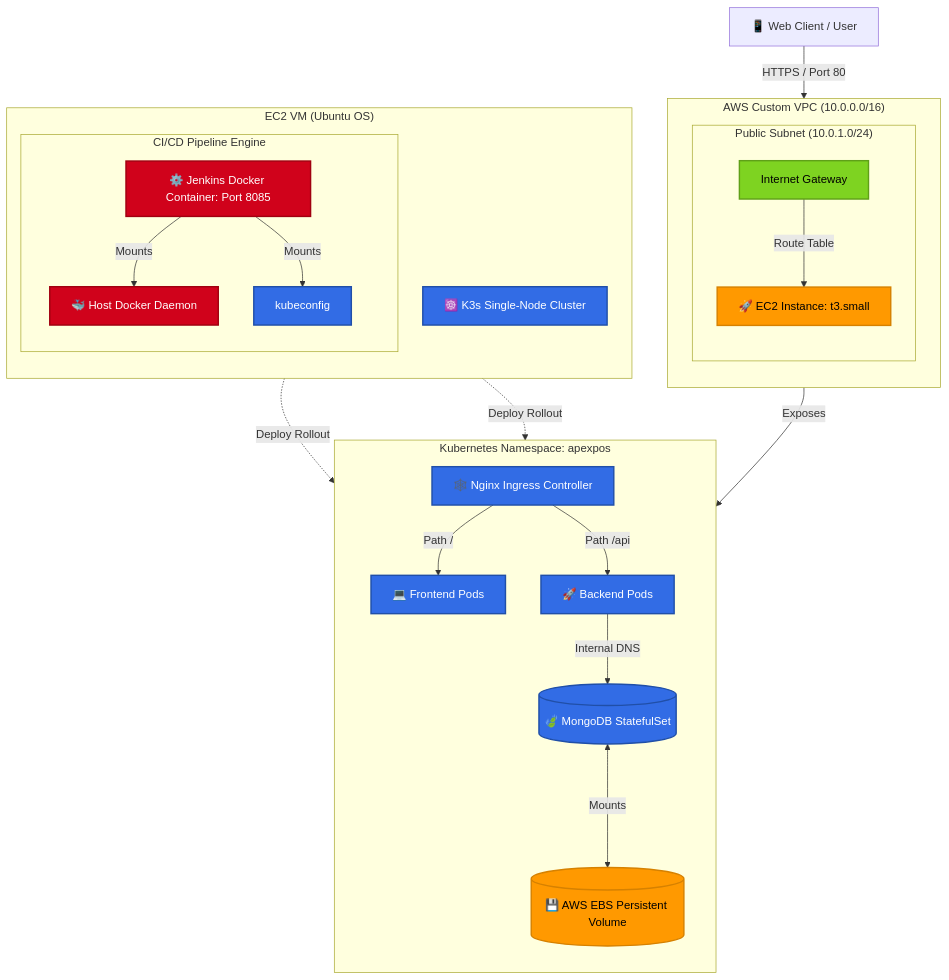
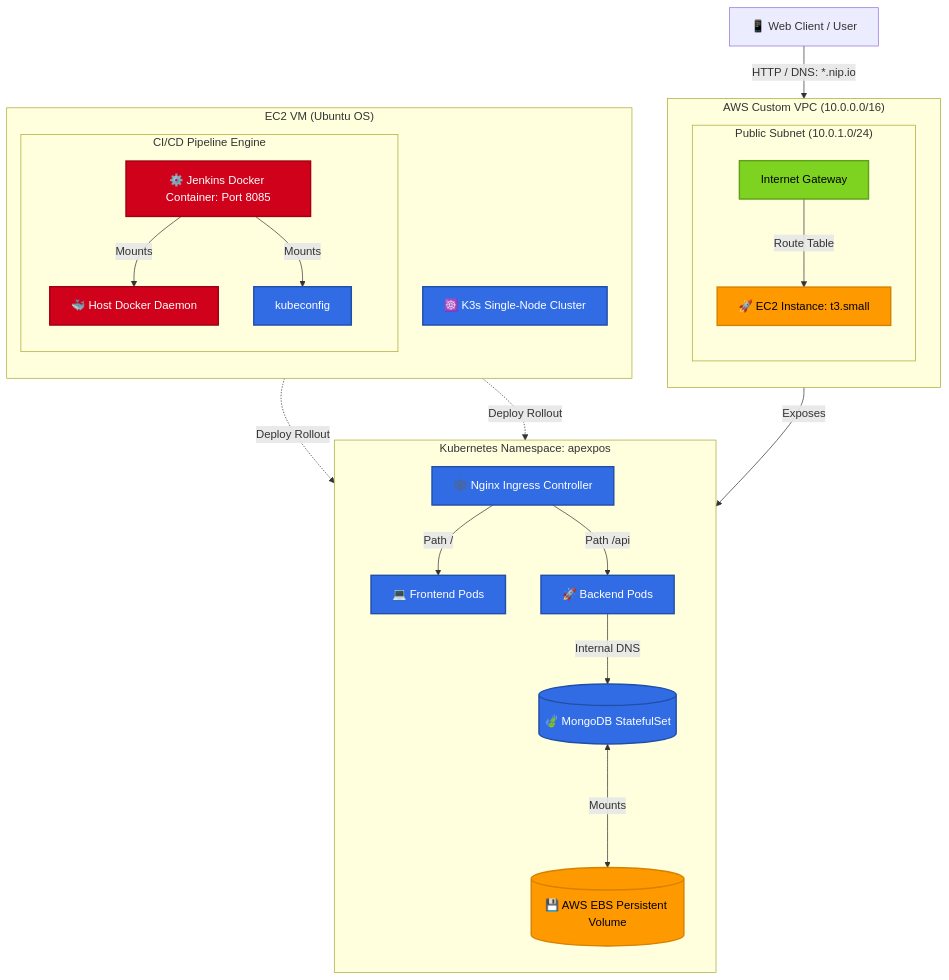
The first of 3 diagrams in README.md (Ntharusha/ApexPos_Devops), drawn with Mermaid before and after one commit. The commit also changed other lines of this file, not shown here.

Commit message:
docs: enrich README with network topology, ingress, and GitOps diagrams

````diff
--- a/README.md
+++ b/README.md
@@ -18,54 +19,54 @@
 ```mermaid
 graph TD
     %% Define Styles
     classDef aws fill:#ff9900,stroke:#d68100,stroke-width:2px,color:#000;
     classDef k8s fill:#326ce5,stroke:#204fa8,stroke-width:2px,color:#fff;
     classDef tools fill:#d0021b,stroke:#a00010,stroke-width:2px,color:#fff;
     classDef network fill:#7ed321,stroke:#5fa018,stroke-width:2px,color:#000;
 
     %% Client Layer
-    Client[📱 Web Client / User] -->|HTTPS / Port 80| IGW[Internet Gateway]:::network
+    Client[📱 Web Client / User] -->|HTTP / DNS: *.nip.io| IGW[Internet Gateway]:::network
     
     subgraph AWS_VPC ["AWS Custom VPC (10.0.0.0/16)"]
         direction TB
         subgraph PublicSubnet ["Public Subnet (10.0.1.0/24)"]
             direction TB
             IGW -->|Route Table| EC2[🚀 EC2 Instance: t3.small]:::aws
         end
     end
 
     %% EC2 Core Engine
     subgraph Host_System ["EC2 VM (Ubuntu OS)"]
         direction TB
         DockerD[🐳 Host Docker Daemon]:::tools
         K3s[☸️ K3s Single-Node Cluster]:::k8s
         
         %% Jenkins on Host
         subgraph CD_Engine ["CI/CD Pipeline Engine"]
             Jenkins[⚙️ Jenkins Docker Container: Port 8085]:::tools
             Jenkins -->|Mounts| DockerD
             Jenkins -->|Mounts| KubeConfig[kubeconfig]:::k8s
         end
     end
 
     %% K8s Pods
     subgraph Namespace_ApexPOS ["Kubernetes Namespace: apexpos"]
         direction TB
         Ingress[🕸️ Nginx Ingress Controller]:::k8s
         FE[💻 Frontend Pods]:::k8s
         BE[🚀 Backend Pods]:::k8s
         DB[(🍃 MongoDB StatefulSet)]:::k8s
         PVC[(💾 AWS EBS Persistent Volume)]:::aws
     end
 
     %% Routing inside K3s
     EC2 -->|Exposes| Ingress
     Ingress -->|Path /| FE
     Ingress -->|Path /api| BE
     BE -->|Internal DNS| DB
     DB <--->|Mounts| PVC
     
     %% CD Updates
     Jenkins -.->|Deploy Rollout| BE
     Jenkins -.->|Deploy Rollout| FE
 ```
````
